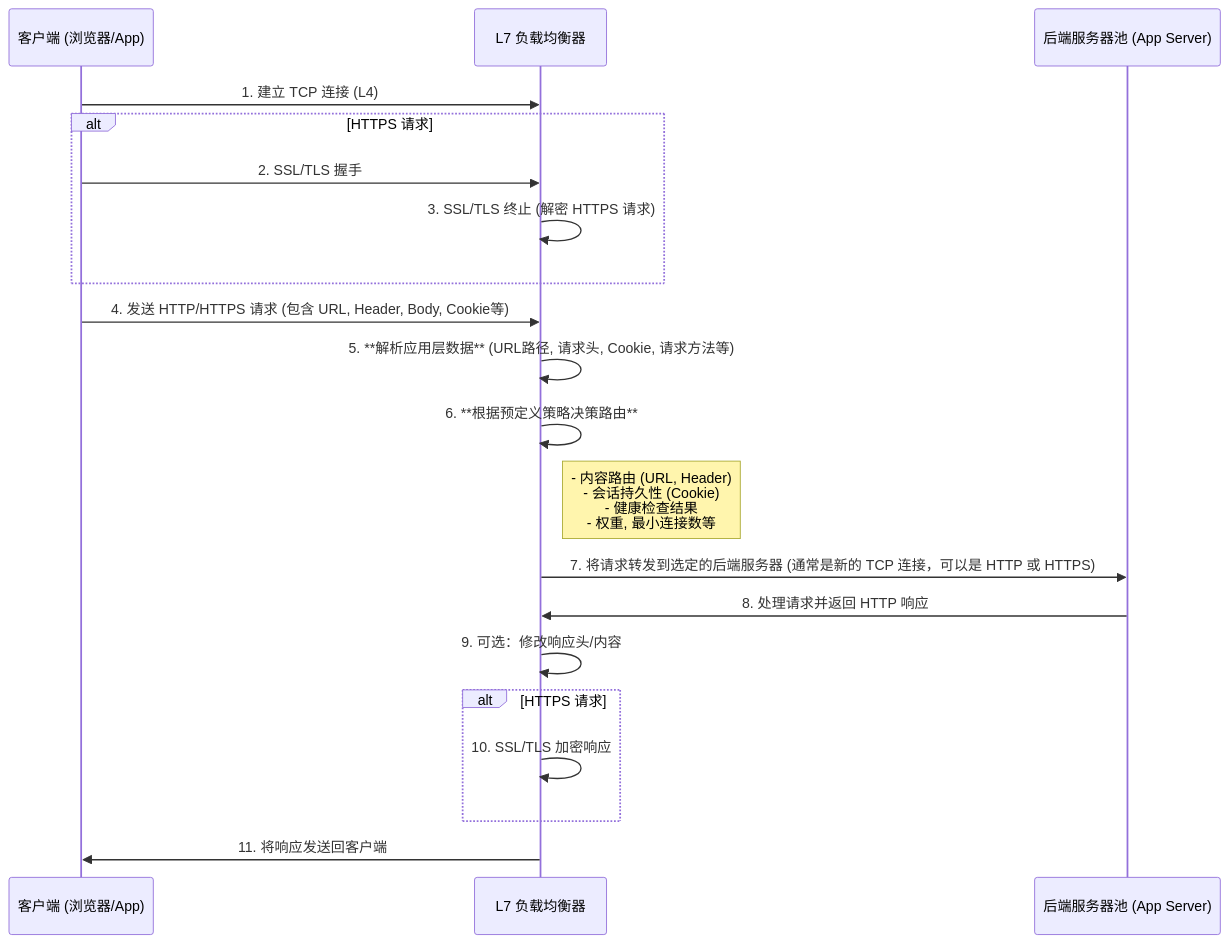
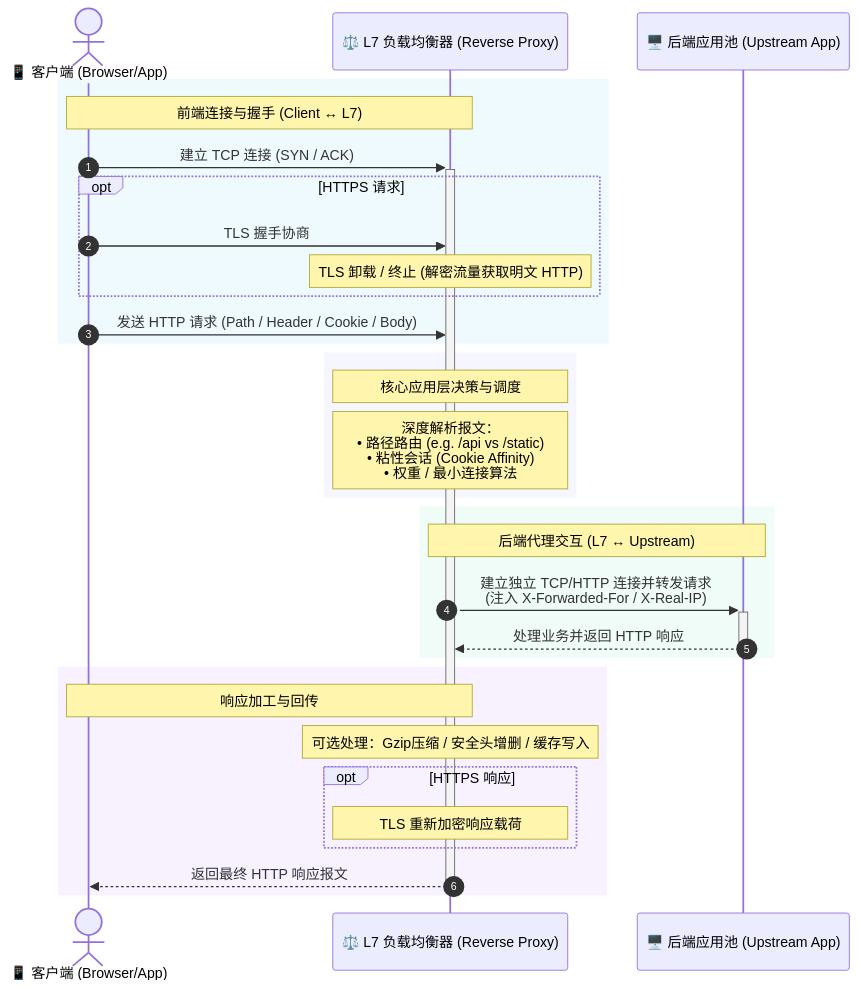
One commit to teatang/t-blog changed the diagram in source/_posts/2025/2025-12-15_L7 负载均衡详解 (Layer 7 Load Balancing Explained).md. Above: the diagram before and after it, drawn with Mermaid. The commit also changed 7 other files, not shown here.

```diff
--- a/source/_posts/2025/2025-12-15_L7 负载均衡详解 (Layer 7 Load Balancing Explained).md
+++ b/source/_posts/2025/2025-12-15_L7 负载均衡详解 (Layer 7 Load Balancing Explained).md
@@ -35,23 +35,37 @@
 {% mermaid %}
 sequenceDiagram
-    participant Client as 客户端 (浏览器/App)
-    participant LBL7 as L7 负载均衡器
-    participant Backend as 后端服务器池 (App Server)
+    autonumber
+    actor Client as 📱 客户端 (Browser/App)
+    participant LBL7 as ⚖️ L7 负载均衡器 (Reverse Proxy)
+    participant Backend as 🖥️ 后端应用池 (Upstream App)
 
-    Client->>LBL7: 1. 建立 TCP 连接 (L4)
-    alt HTTPS 请求
-        Client->>LBL7: 2. SSL/TLS 握手
-        LBL7->>LBL7: 3. SSL/TLS 终止 (解密 HTTPS 请求)
+    rect rgba(56, 189, 248, 0.08)
+        Note over Client,LBL7: 前端连接与握手 (Client ↔ L7)
+        Client->>+LBL7: 建立 TCP 连接 (SYN / ACK)
+        opt HTTPS 请求
+            Client->>LBL7: TLS 握手协商
+            Note over LBL7: TLS 卸载 / 终止 (解密流量获取明文 HTTP)
+        end
+        Client->>LBL7: 发送 HTTP 请求 (Path / Header / Cookie / Body)
     end
-    Client->>LBL7: 4. 发送 HTTP/HTTPS 请求 (包含 URL, Header, Body, Cookie等)
-    LBL7->>LBL7: 5. **解析应用层数据** (URL路径, 请求头, Cookie, 请求方法等)
-    LBL7->>LBL7: 6. **根据预定义策略决策路由**
-        Note right of LBL7: - 内容路由 (URL, Header)<br>- 会话持久性 (Cookie)<br>- 健康检查结果<br>- 权重, 最小连接数等
-    LBL7->>Backend: 7. 将请求转发到选定的后端服务器 (通常是新的 TCP 连接，可以是 HTTP 或 HTTPS)
-    Backend->>LBL7: 8. 处理请求并返回 HTTP 响应
-    LBL7->>LBL7: 9. 可选：修改响应头/内容
-    alt HTTPS 请求
-        LBL7->>LBL7: 10. SSL/TLS 加密响应
+
+    rect rgba(129, 140, 248, 0.08)
+        Note over LBL7: 核心应用层决策与调度
+        Note over LBL7: 深度解析报文：<br/>• 路径路由 (e.g. /api vs /static)<br/>• 粘性会话 (Cookie Affinity)<br/>• 权重 / 最小连接算法
     end
-    LBL7->>Client: 11. 将响应发送回客户端
+
+    rect rgba(52, 211, 153, 0.08)
+        Note over LBL7,Backend: 后端代理交互 (L7 ↔ Upstream)
+        LBL7->>+Backend: 建立独立 TCP/HTTP 连接并转发请求<br/>(注入 X-Forwarded-For / X-Real-IP)
+        Backend-->>-LBL7: 处理业务并返回 HTTP 响应
+    end
+
+    rect rgba(168, 85, 247, 0.08)
+        Note over Client,LBL7: 响应加工与回传
+        Note over LBL7: 可选处理：Gzip压缩 / 安全头增删 / 缓存写入
+        opt HTTPS 响应
+            Note over LBL7: TLS 重新加密响应载荷
+        end
+        LBL7-->>-Client: 返回最终 HTTP 响应报文
+    end
 {% endmermaid %}
```
